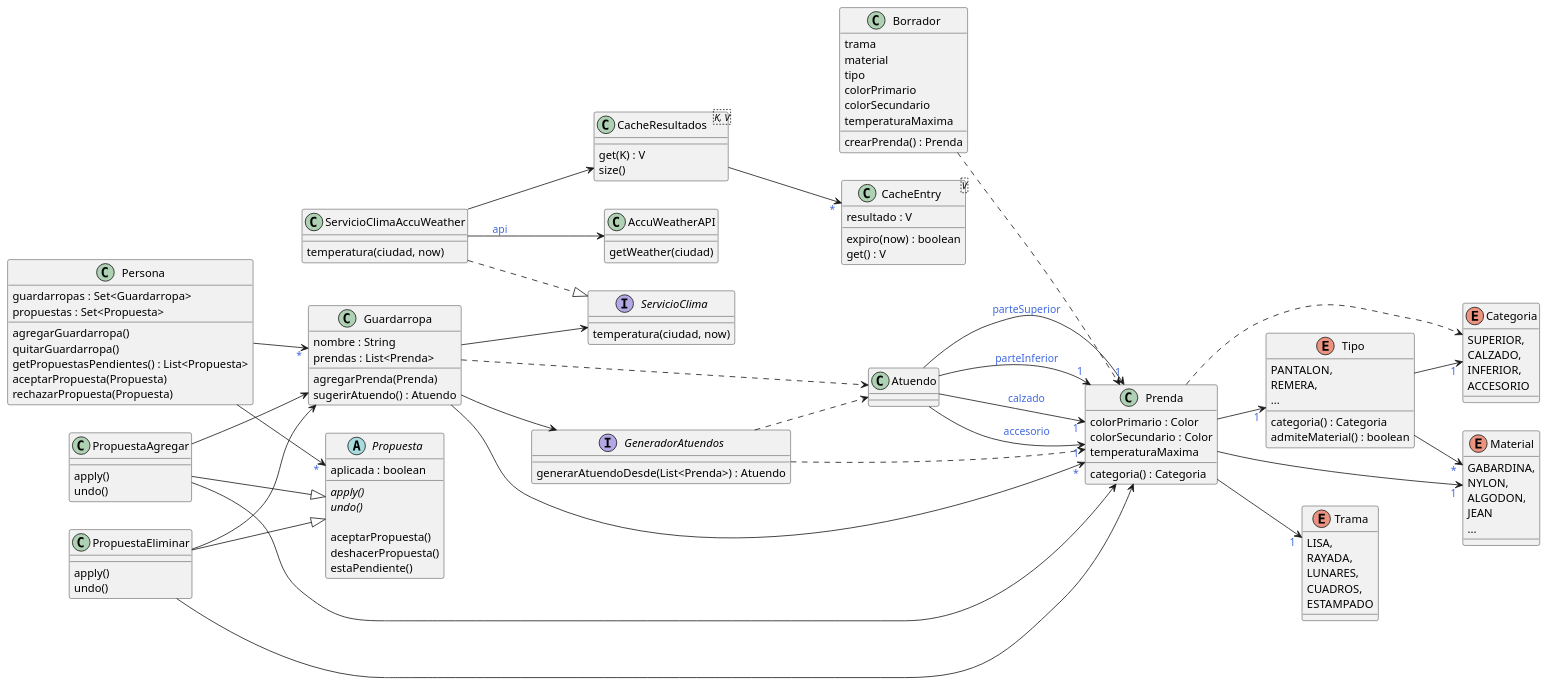
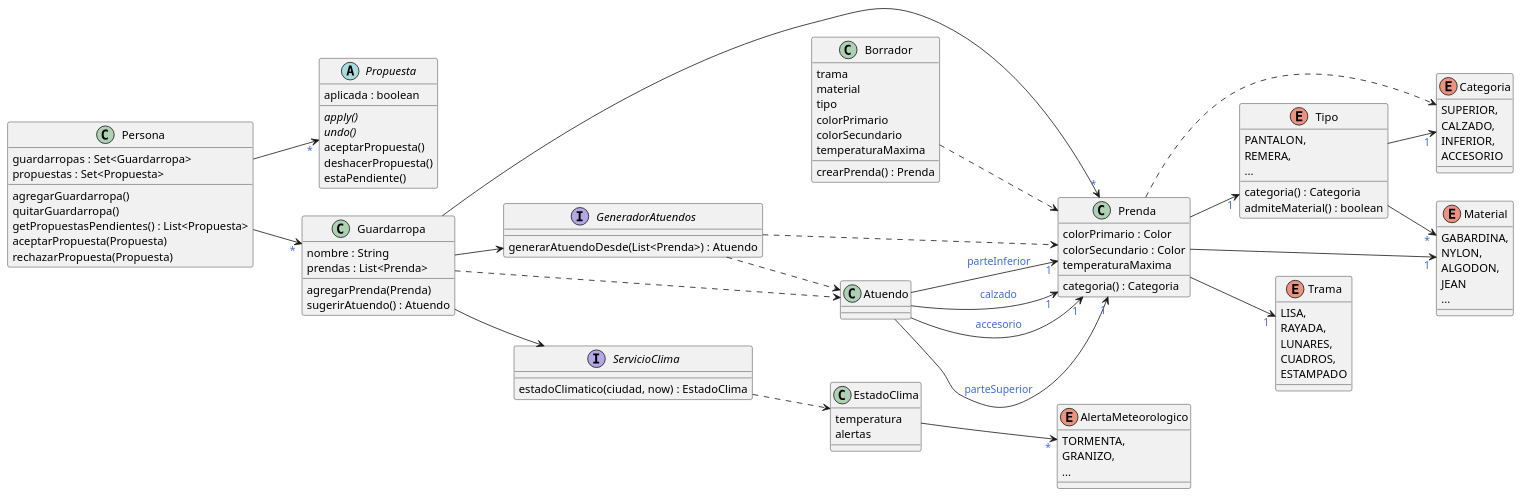
The diagram in assets/qmp.puml (ariel-/tp-dds-qmp), drawn with PlantUML before and after one commit.

Commit message:
Simplifico el diagrama (Depend on abstractions)
Empiezo a pensar requerimientos. Espero recibir un objeto con temperatura + alertas.
El diseño es extensible ya que permite agregar nuevos atributos futuros

```diff
--- a/assets/qmp.puml
+++ b/assets/qmp.puml
@@ -1,171 +1,140 @@
 @startuml
 left to right direction
 skinparam backgroundColor transparent
 skinparam arrowFontColor royalblue
 
 together {
     class Prenda {
         colorPrimario : Color
         colorSecundario : Color
         temperaturaMaxima
         categoria() : Categoria
     }
 
     enum Trama {
         LISA,
         RAYADA,
         LUNARES,
         CUADROS,
         ESTAMPADO
     }
 
     enum Material {
         GABARDINA,
         NYLON,
         ALGODON,
         JEAN
         ...
     }
 
     enum Tipo {
         PANTALON,
         REMERA,
         ...
 
         categoria() : Categoria
         admiteMaterial() : boolean
     }
 
     enum Categoria {
         SUPERIOR,
         CALZADO,
         INFERIOR,
         ACCESORIO
     }
 
     Prenda --> "1" Material
     Prenda --> "1" Trama
     Prenda --> "1" Tipo
 
     Prenda ..> Categoria
 
     Tipo --> "1" Categoria
     Tipo --> "*" Material
 }
 
 class Borrador {
     trama
     material
     tipo
     colorPrimario
     colorSecundario
     temperaturaMaxima
 
     crearPrenda() : Prenda
 }
 
 interface GeneradorAtuendos {
     generarAtuendoDesde(List<Prenda>) : Atuendo
 }
 
 class Atuendo {
 }
 
-interface ServicioClima {
-    temperatura(ciudad, now)
+enum AlertaMeteorologico {
+    TORMENTA,
+    GRANIZO,
+    ...
 }
 
-class ServicioClimaAccuWeather {
-    temperatura(ciudad, now)
+class EstadoClima {
+    temperatura
+    alertas
 }
 
-class "CacheResultados<K, V>" as CacheResultados {
-    get(K) : V
-    size()
-}
-
-class "CacheEntry<V>" as CacheEntry {
-    resultado : V
-    expiro(now) : boolean
-    get() : V
-}
-
-class AccuWeatherAPI {
-    getWeather(ciudad)
+interface ServicioClima {
+    estadoClimatico(ciudad, now) : EstadoClima
 }
 
 Borrador ..> Prenda
 
 Atuendo --> "1" Prenda : parteSuperior
 Atuendo --> "1" Prenda : parteInferior
 Atuendo --> "1" Prenda : calzado
 Atuendo --> "1" Prenda : accesorio
 
 GeneradorAtuendos ..> Prenda
 GeneradorAtuendos ..> Atuendo
 
-ServicioClimaAccuWeather ..|> ServicioClima
-ServicioClimaAccuWeather --> CacheResultados
-ServicioClimaAccuWeather --> AccuWeatherAPI : api
+EstadoClima --> "*" AlertaMeteorologico
 
-CacheResultados --> "*" CacheEntry
+ServicioClima ..> EstadoClima
 
 class Persona {
     guardarropas : Set<Guardarropa>
     propuestas : Set<Propuesta>
 
     agregarGuardarropa()
     quitarGuardarropa()
     getPropuestasPendientes() : List<Propuesta>
     aceptarPropuesta(Propuesta)
     rechazarPropuesta(Propuesta)
 }
 
 ' Command pattern :)
-together {
-    abstract class Propuesta {
-        aplicada : boolean
+abstract class Propuesta {
+    aplicada : boolean
 
-        {abstract} apply()
-        {abstract} undo()
-
-        aceptarPropuesta()
-        deshacerPropuesta()
-        estaPendiente()
-    }
-
-    class PropuestaAgregar {
-        apply()
-        undo()
-    }
-
-    class PropuestaEliminar {
-        apply()
-        undo()
-    }
+    {abstract} apply()
+    {abstract} undo()
+    aceptarPropuesta()
+    deshacerPropuesta()
+    estaPendiente()
 }
-
-PropuestaAgregar --|> Propuesta
-PropuestaAgregar --> Prenda
-PropuestaAgregar --> Guardarropa
-
-PropuestaEliminar --|> Propuesta
-PropuestaEliminar --> Prenda
-PropuestaEliminar --> Guardarropa
 
 class Guardarropa {
     nombre : String
     prendas : List<Prenda>
 
     agregarPrenda(Prenda)
     sugerirAtuendo() : Atuendo
 }
 
 Guardarropa --> GeneradorAtuendos
 Guardarropa --> ServicioClima
 Guardarropa --> "*" Prenda
 Guardarropa ..> Atuendo
 
 Persona --> "*" Propuesta
 Persona --> "*" Guardarropa
 @enduml
```
